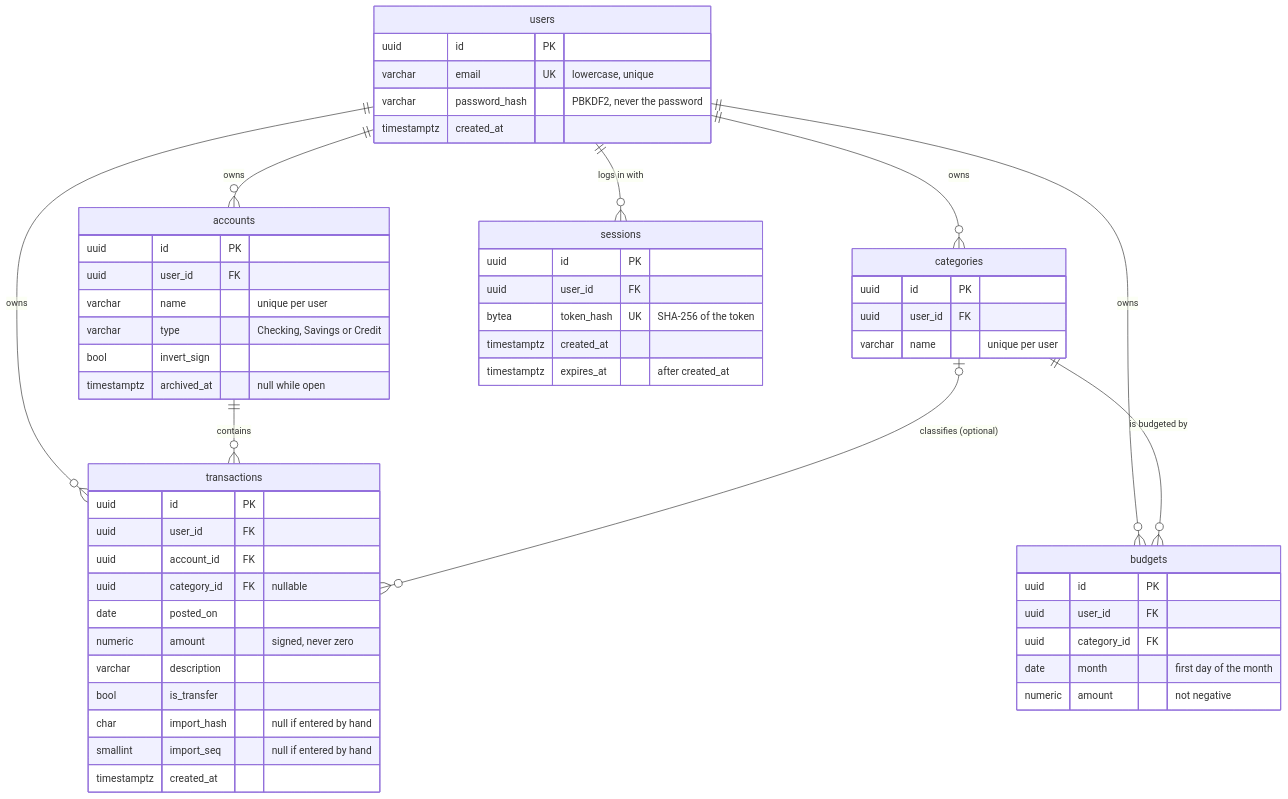
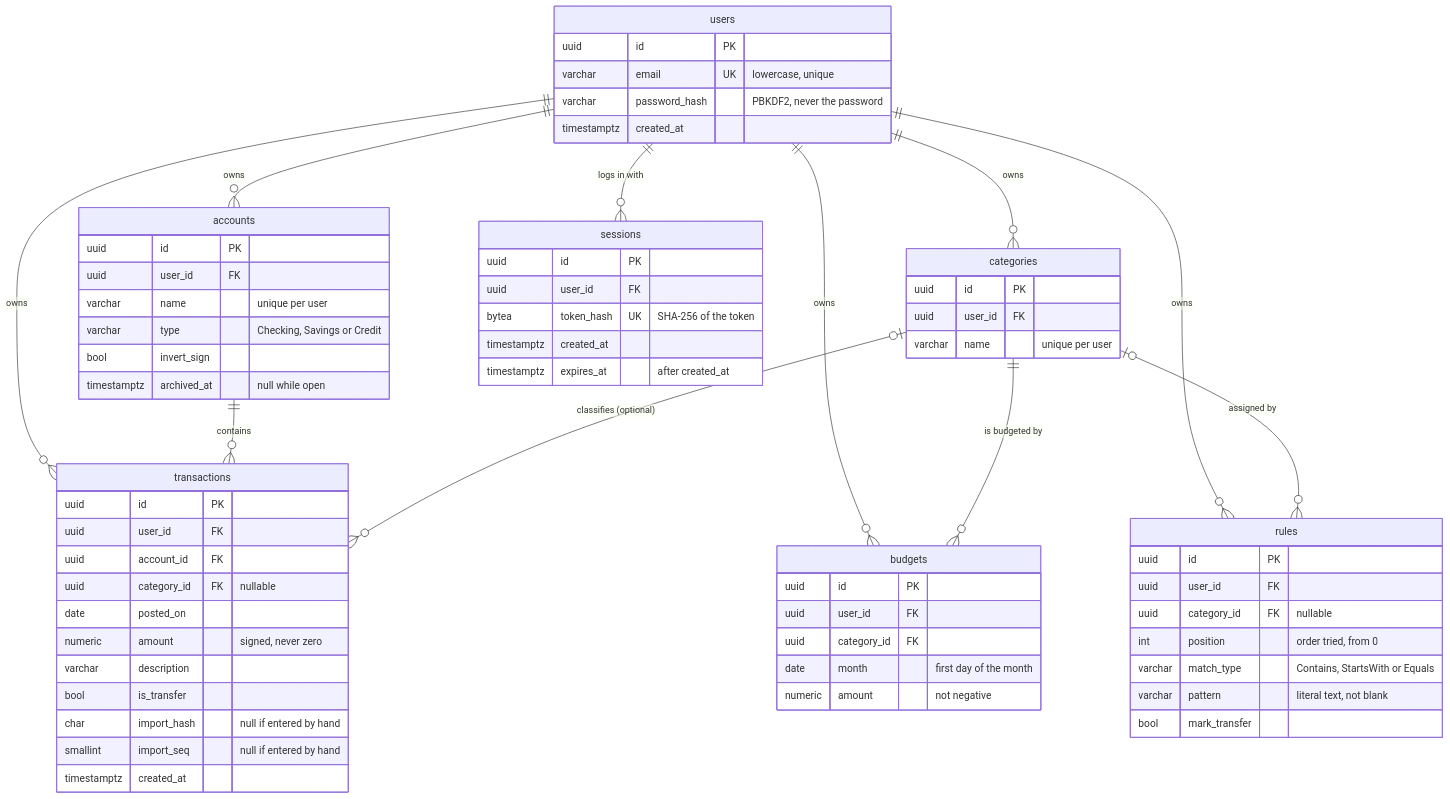
The diagram in README.md (public-void-ryan/budget-tracker), drawn with Mermaid before and after one commit. The commit also changed other lines of this file, not shown here.

Commit message:
docs: document rules, budgets and the summary

````diff
--- a/README.md
+++ b/README.md
@@ -137,58 +153,69 @@
 ```mermaid
 erDiagram
     users ||--o{ accounts : owns
     users ||--o{ categories : owns
     users ||--o{ transactions : owns
     users ||--o{ budgets : owns
+    users ||--o{ rules : owns
     users ||--o{ sessions : "logs in with"
     accounts ||--o{ transactions : contains
     categories |o--o{ transactions : "classifies (optional)"
     categories ||--o{ budgets : "is budgeted by"
+    categories |o--o{ rules : "assigned by"
 
     users {
         uuid id PK
         varchar email UK "lowercase, unique"
         varchar password_hash "PBKDF2, never the password"
         timestamptz created_at
     }
     sessions {
         uuid id PK
         uuid user_id FK
         bytea token_hash UK "SHA-256 of the token"
         timestamptz created_at
         timestamptz expires_at "after created_at"
     }
     accounts {
         uuid id PK
         uuid user_id FK
         varchar name "unique per user"
         varchar type "Checking, Savings or Credit"
         bool invert_sign
         timestamptz archived_at "null while open"
     }
     categories {
         uuid id PK
         uuid user_id FK
         varchar name "unique per user"
     }
     transactions {
         uuid id PK
         uuid user_id FK
         uuid account_id FK
         uuid category_id FK "nullable"
         date posted_on
         numeric amount "signed, never zero"
         varchar description
         bool is_transfer
         char import_hash "null if entered by hand"
         smallint import_seq "null if entered by hand"
         timestamptz created_at
     }
+    rules {
+        uuid id PK
+        uuid user_id FK
+        uuid category_id FK "nullable"
+        int position "order tried, from 0"
+        varchar match_type "Contains, StartsWith or Equals"
+        varchar pattern "literal text, not blank"
+        bool mark_transfer
+    }
     budgets {
         uuid id PK
         uuid user_id FK
         uuid category_id FK
         date month "first day of the month"
         numeric amount "not negative"
     }
 ```
````
